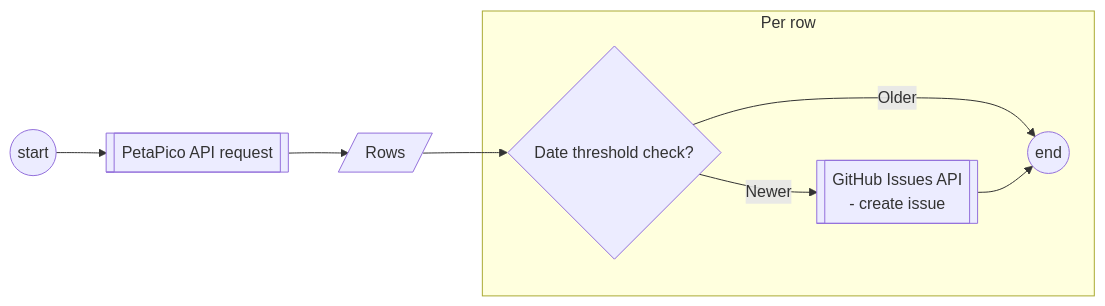
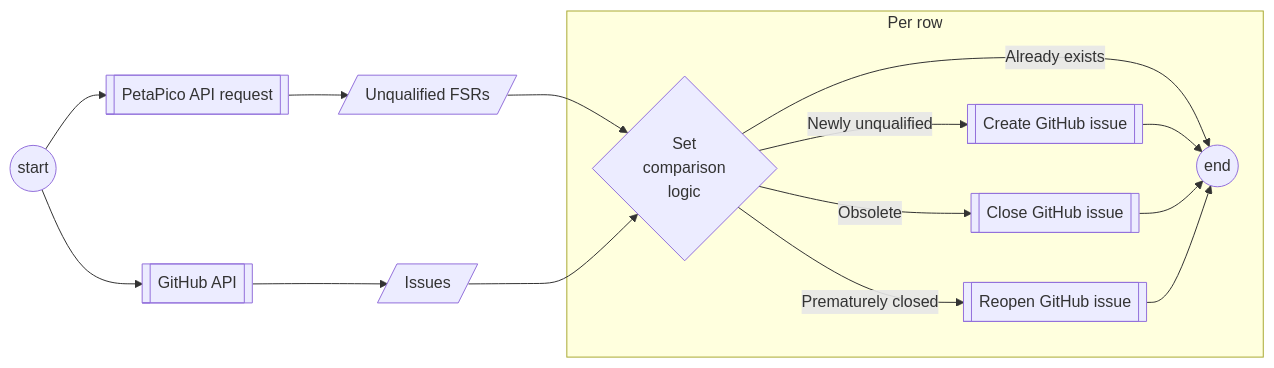
Before and after one commit to gofair-foundation/qualification-issue-creation-action: the diagram in README.md, drawn with Mermaid. The commit also changed other lines of this file and 6 other files, not shown here.

Commit message:
Reopen issues (#21)

````diff
--- a/README.md
+++ b/README.md
@@ -207,13 +114,18 @@
 ```mermaid
 flowchart LR
-	start((start))-->http[[PetaPico API request]]
-	http-->rows[/Rows/]-->date
+	start((start))-->pp[[PetaPico API request]]
+	pp-->rows[/Unqualified FSRs/]-->set
+	start-->gh[[GitHub API]]-->iss[/Issues/]-->set
 	subgraph "Per row"
-    date{Date threshold check?}
-    date -->|Older|finish
-    date -->|Newer|create
+    set{Set\ncomparison\nlogic}
+    set -->|Already exists|finish
+    set -->|Newly unqualified|create
+    set -->|Obsolete|close
+    set -->|Prematurely closed|reopen
     finish((end))
 	  
-	  create[["GitHub Issues API\n - create issue"]]-->finish
+	  create[["Create GitHub issue"]]-->finish
+	  close[["Close GitHub issue"]]-->finish
+	  reopen[["Reopen GitHub issue"]]-->finish
 	end
 ```
````
